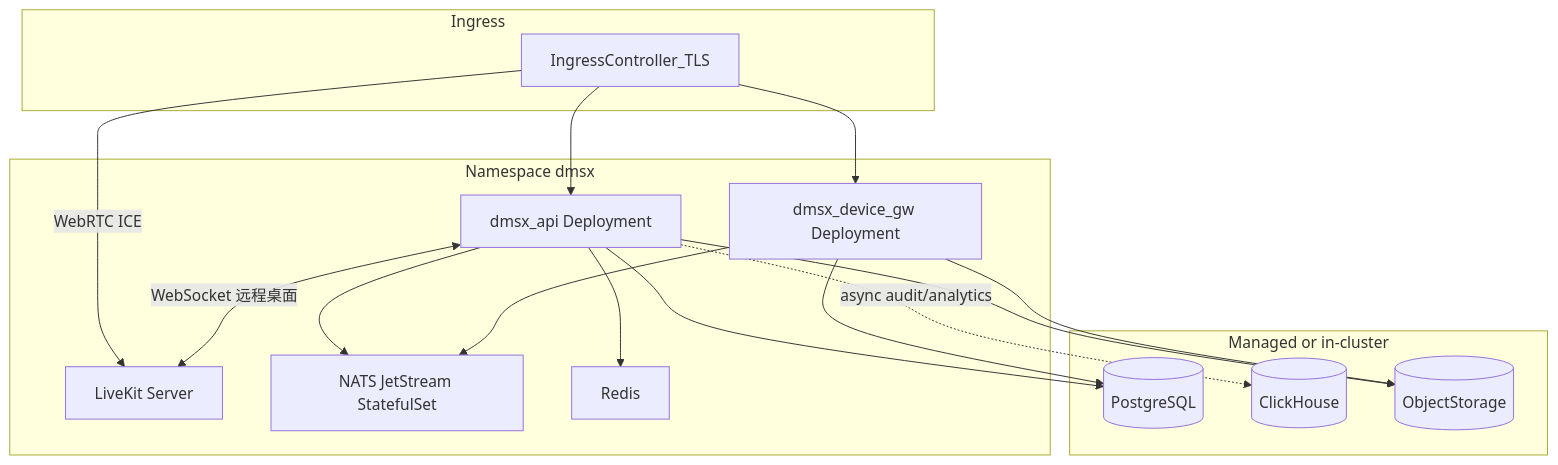
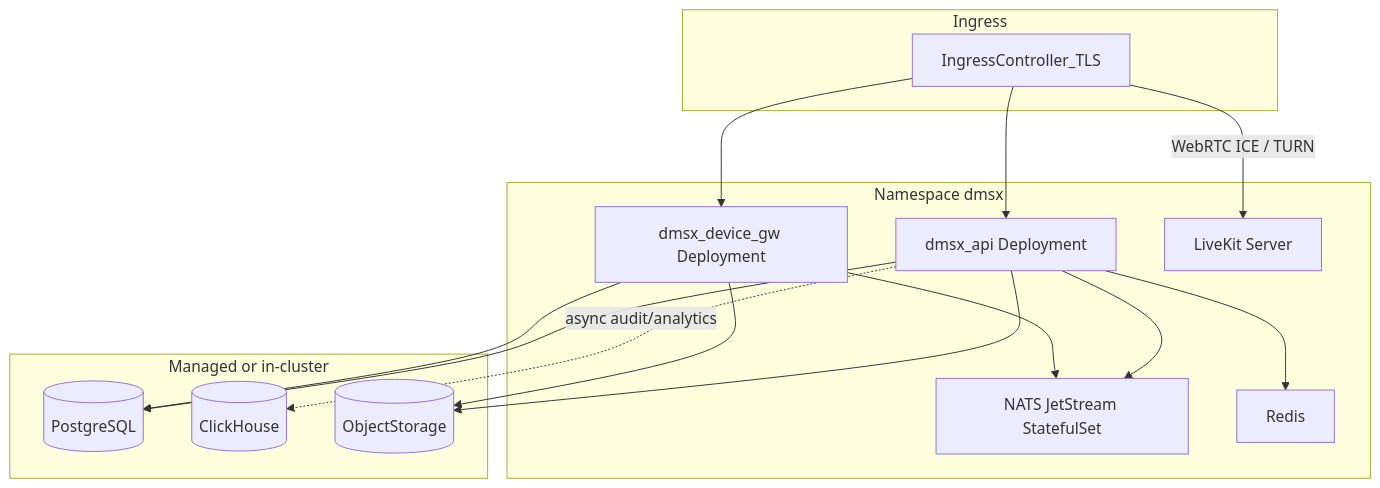
One commit to zyxof2016/dmsx changed the diagram in docs/DEPLOYMENT.md. Above: the diagram before and after it, drawn with Mermaid. The commit also changed other lines of this file and 45 other files, not shown here.

````diff
--- a/docs/DEPLOYMENT.md
+++ b/docs/DEPLOYMENT.md
@@ -5,30 +5,29 @@
 ```mermaid
 flowchart TB
   subgraph ingress [Ingress]
     IG[IngressController_TLS]
   end
   subgraph apps [Namespace dmsx]
     API[dmsx_api Deployment]
     GW[dmsx_device_gw Deployment]
     LK[LiveKit Server]
     NATS[NATS JetStream StatefulSet]
     REDIS[Redis]
   end
   subgraph data [Managed or in-cluster]
     PG[(PostgreSQL)]
     CH[(ClickHouse)]
     S3[(ObjectStorage)]
   end
   IG --> API
   IG --> GW
-  IG -->|WebRTC ICE| LK
+  IG -->|WebRTC ICE / TURN| LK
   API --> PG
   API --> NATS
   API --> REDIS
-  API <-->|WebSocket 远程桌面| LK
   GW --> NATS
   GW --> PG
   API --> S3
   GW --> S3
   API -.->|"async audit/analytics"| CH
 ```
````
